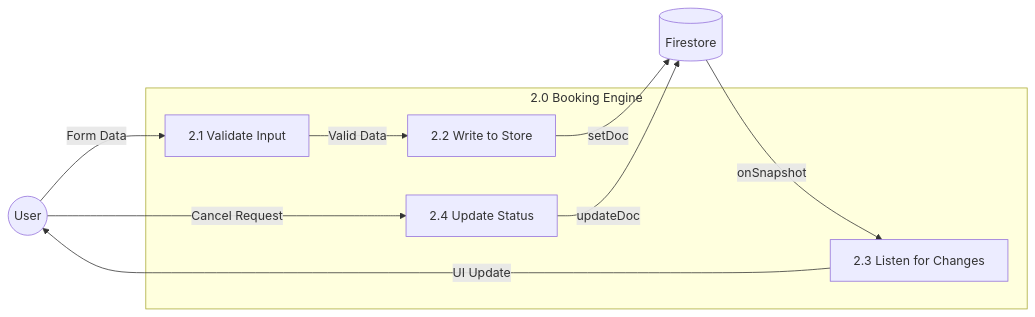
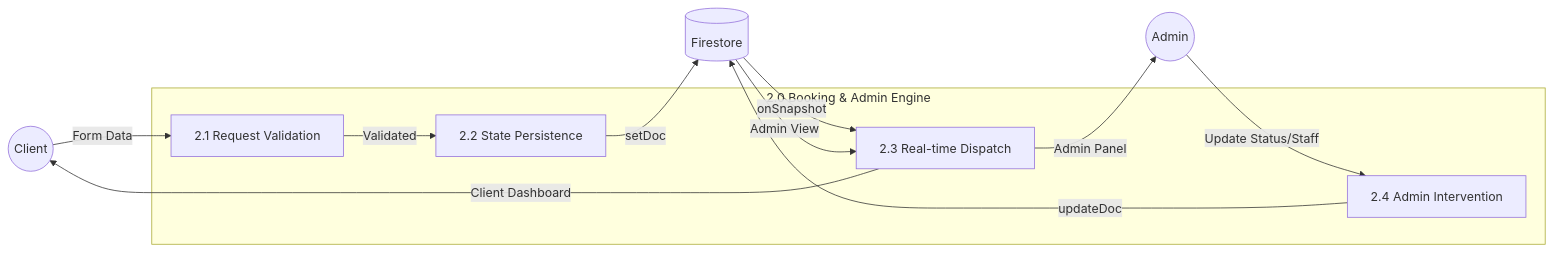
Before and after one commit to darbarrahul9999/aquablast-project: the fourth of 4 diagrams in README.md, drawn with Mermaid. The commit also changed other lines of this file, not shown here.

First line of the commit message:
docs: Update README with RBAC and ER diagram

````diff
--- a/README.md
+++ b/README.md
@@ -175,21 +188,25 @@
 ```mermaid
 graph LR
-    User((User))
+    User((Client))
+    Admin((Admin))
     
-    subgraph "2.0 Booking Engine"
-        P21[2.1 Validate Input]
-        P22[2.2 Write to Store]
-        P23[2.3 Listen for Changes]
-        P24[2.4 Update Status]
+    subgraph "2.0 Booking & Admin Engine"
+        P21[2.1 Request Validation]
+        P22[2.2 State Persistence]
+        P23[2.3 Real-time Dispatch]
+        P24[2.4 Admin Intervention]
     end
     
     DB[(Firestore)]
 
-    User -- Form Data --> P21
-    P21 -- Valid Data --> P22
-    P22 -- setDoc --> DB
-    DB -- onSnapshot --> P23
-    P23 -- UI Update --> User
-    User -- Cancel Request --> P24
-    P24 -- updateDoc --> DB
+    User -- "Form Data" --> P21
+    P21 -- "Validated" --> P22
+    P22 -- "setDoc" --> DB
+    DB -- "onSnapshot" --> P23
+    P23 -- "Client Dashboard" --> User
+    
+    Admin -- "Update Status/Staff" --> P24
+    P24 -- "updateDoc" --> DB
+    DB -- "Admin View" --> P23
+    P23 -- "Admin Panel" --> Admin
 ```
````
